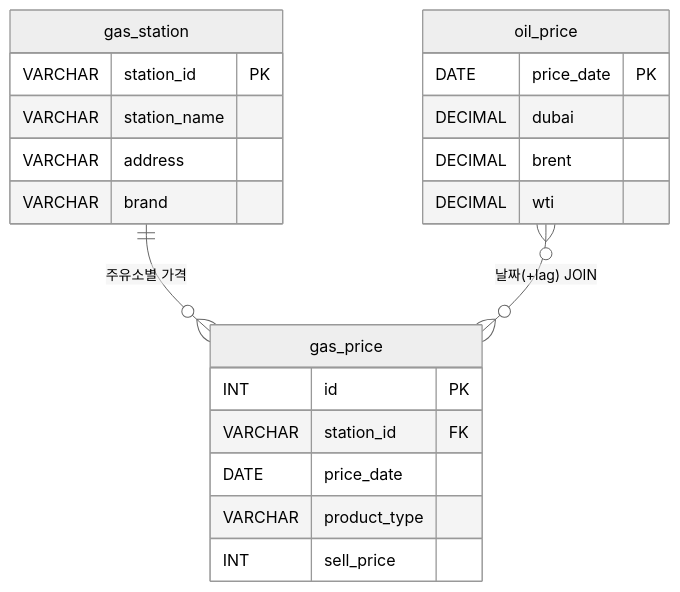
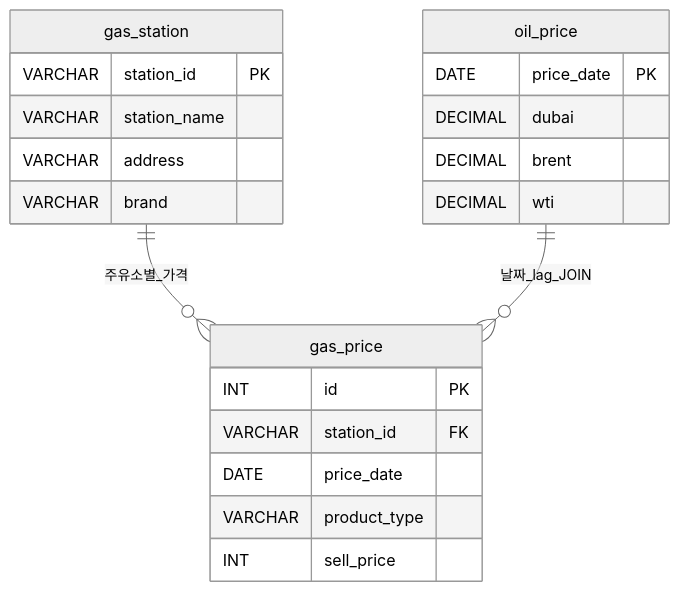
One commit to kusuri12-09/bigdata-perform changed the diagram in 02-국제유가 시차분석 보고서.md. Above: the diagram before and after it, drawn with Mermaid (neutral theme). The commit also changed other lines of this file and 1 other file, not shown here.

Commit message:
mermaid 에러

````diff
--- a/02-국제유가 시차분석 보고서.md
+++ b/02-국제유가 시차분석 보고서.md
@@ -63,27 +62,24 @@
 ```mermaid
 erDiagram
     oil_price {
         DATE price_date PK
         DECIMAL dubai
         DECIMAL brent
         DECIMAL wti
     }
-
     gas_station {
         VARCHAR station_id PK
         VARCHAR station_name
         VARCHAR address
         VARCHAR brand
     }
-
     gas_price {
         INT id PK
         VARCHAR station_id FK
         DATE price_date
         VARCHAR product_type
         INT sell_price
     }
-
-    gas_station ||--o{ gas_price : "주유소별 가격"
-    oil_price }o--o{ gas_price : "날짜(+lag) JOIN"
+    gas_station ||--o{ gas_price : "주유소별_가격"
+    oil_price ||--o{ gas_price : "날짜_lag_JOIN"
 ```
````
